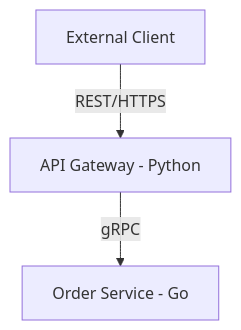
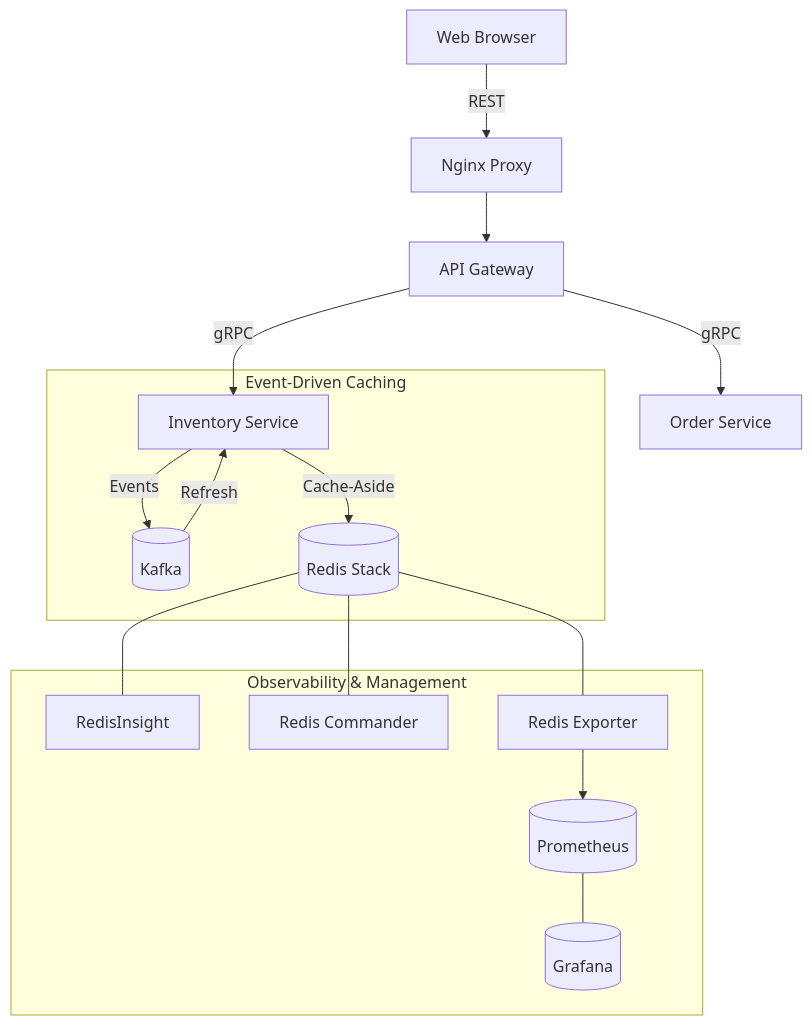
Before and after one commit to sairam0424/gRPC-micro-services: the diagram in order-processing-system/docs/architecture.md, drawn with Mermaid. The commit also changed other lines of this file and 15 other files, not shown here.

````diff
--- a/order-processing-system/docs/architecture.md
+++ b/order-processing-system/docs/architecture.md
@@ -41,5 +43,21 @@
 ```mermaid
 graph TD
-    Client[External Client] -->|REST/HTTPS| Gateway[API Gateway - Python]
-    Gateway -->|gRPC| OrderService[Order Service - Go]
+    Client[Web Browser] -->|REST| Proxy[Nginx Proxy]
+    Proxy --> Gateway[API Gateway]
+    Gateway -->|gRPC| Order[Order Service]
+    Gateway -->|gRPC| Inventory[Inventory Service]
+    
+    subgraph "Event-Driven Caching"
+        Inventory -->|Events| Kafka[(Kafka)]
+        Kafka -->|Refresh| Inventory
+        Inventory -->|Cache-Aside| Redis[(Redis Stack)]
+    end
+    
+    subgraph "Observability & Management"
+        Prometheus[(Prometheus)] --- Grafana[(Grafana)]
+        Redis --- RedisInsight[RedisInsight]
+        Redis --- RedisCommander[Redis Commander]
+        Redis --- RedisExporter[Redis Exporter]
+        RedisExporter --> Prometheus
+    end
 ```
````
